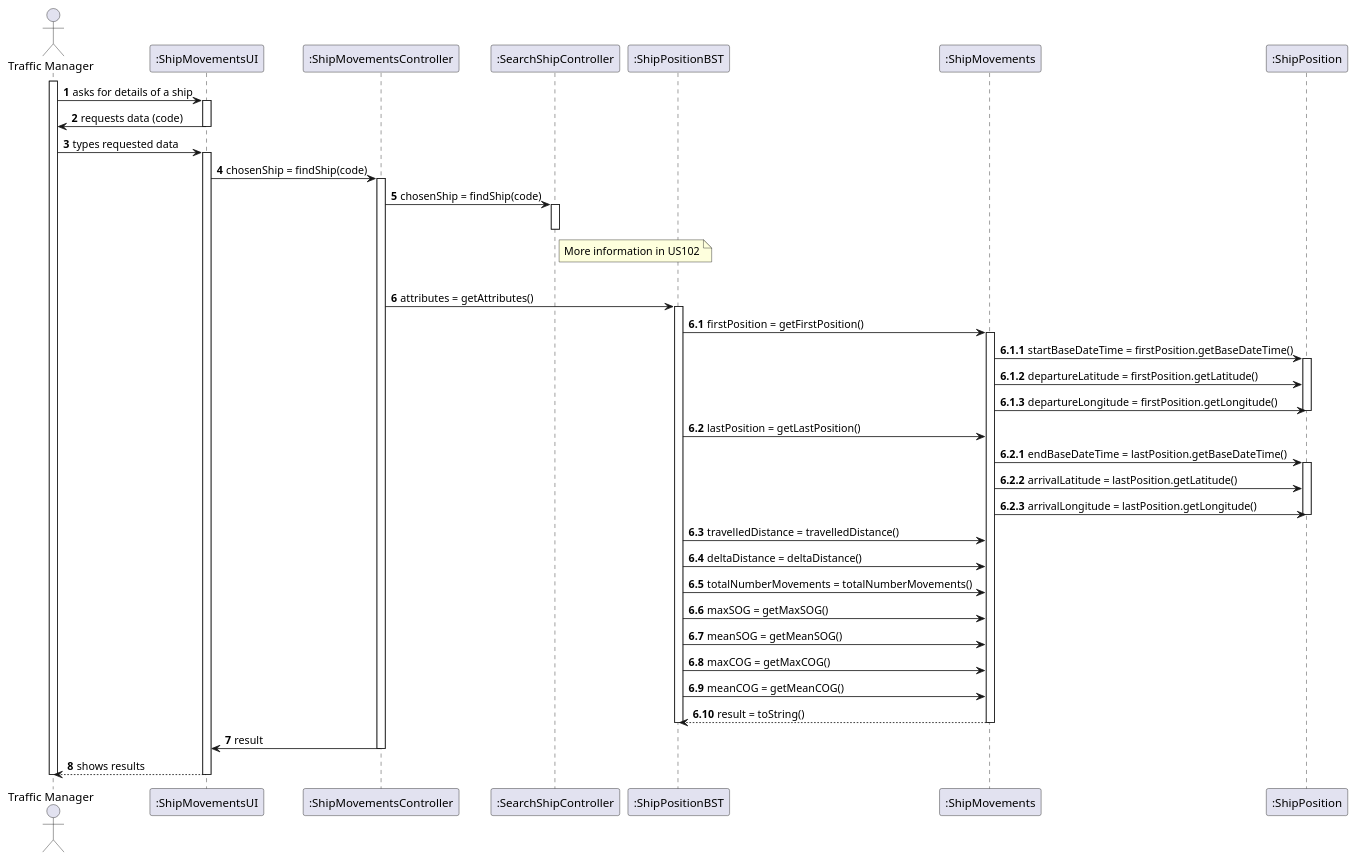
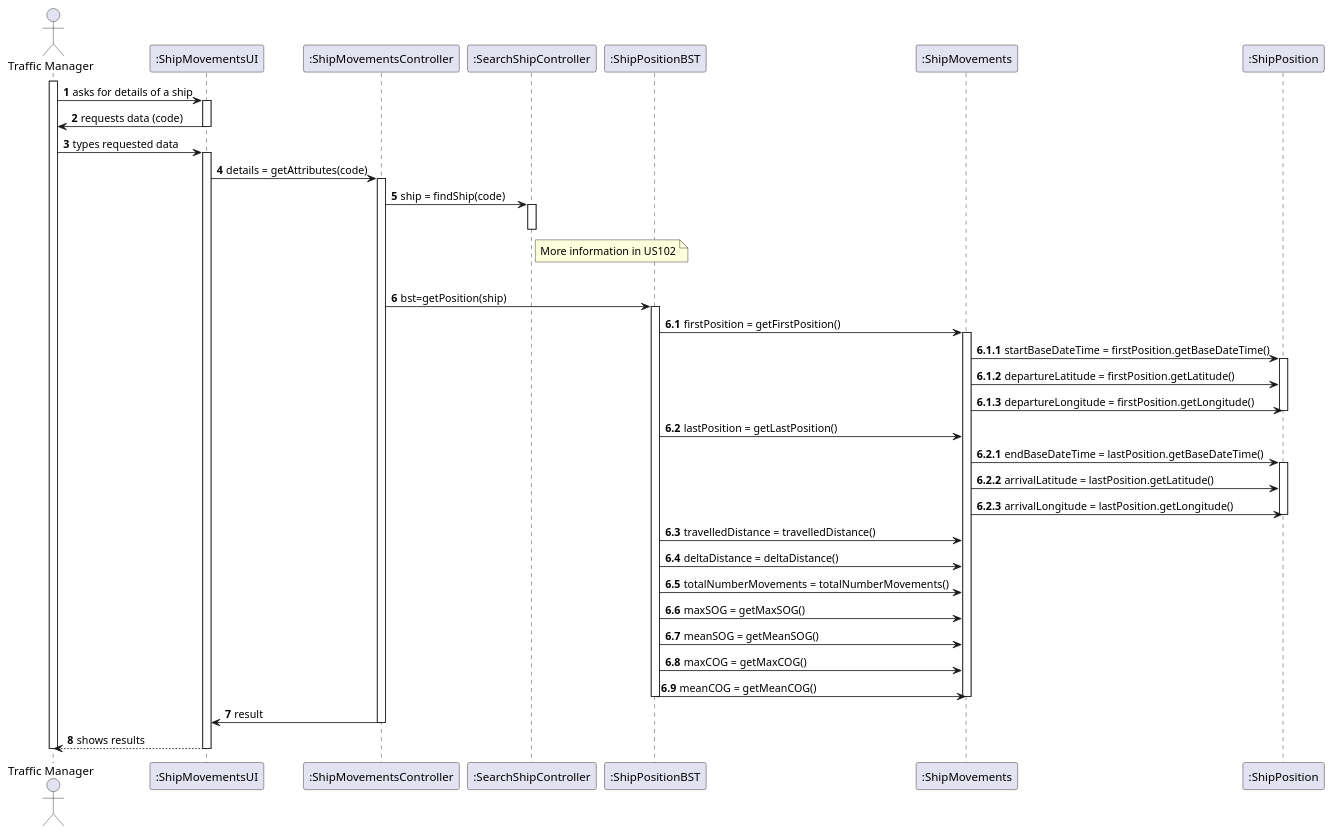
The diagram in docs/Sprint 1/US/US104/US104_SD.puml (1190772/LAB-Project-3), drawn with PlantUML before and after one commit. The commit also changed 22 other files, not shown here.

```diff
--- a/docs/Sprint 1/US/US104/US104_SD.puml
+++ b/docs/Sprint 1/US/US104/US104_SD.puml
@@ -1,76 +1,75 @@
 @startuml
 autonumber
 
 'hide footbox
 actor "Traffic Manager" as TM
 
 participant ":ShipMovementsUI" as UI
 participant ":ShipMovementsController" as CTRL
 participant ":SearchShipController" as CTRL2
 participant ":ShipPositionBST" as BST
 participant ":ShipMovements" as SM
 participant ":ShipPosition" as SP
 
 activate TM
 TM -> UI : asks for details of a ship
 activate UI
 
 UI -> TM : requests data (code)
 
 deactivate UI
 
 TM -> UI : types requested data
 activate UI
-UI -> CTRL : chosenShip = findShip(code)
+UI -> CTRL : details = getAttributes(code)
 activate CTRL
 
-CTRL -> CTRL2 : chosenShip = findShip(code)
+CTRL -> CTRL2 : ship = findShip(code)
 activate CTRL2
 deactivate CTRL2
 note right of CTRL2 : More information in US102
 |||
 
-CTRL -> BST : attributes = getAttributes()
+CTRL -> BST : bst=getPosition(ship)
 activate BST
 autonumber 6.1
 BST -> SM : firstPosition = getFirstPosition()
 activate SM
 
 autonumber 6.1.1
 SM -> SP : startBaseDateTime = firstPosition.getBaseDateTime()
 activate SP
 SM -> SP : departureLatitude = firstPosition.getLatitude()
 SM -> SP : departureLongitude = firstPosition.getLongitude()
 deactivate SP
 
 autonumber 6.2
 BST -> SM : lastPosition = getLastPosition()
 
 autonumber 6.2.1
 SM -> SP : endBaseDateTime = lastPosition.getBaseDateTime()
 activate SP
 SM -> SP : arrivalLatitude = lastPosition.getLatitude()
 SM -> SP : arrivalLongitude = lastPosition.getLongitude()
 deactivate SP
 
 autonumber 6.3
 BST -> SM : travelledDistance = travelledDistance()
 BST -> SM : deltaDistance = deltaDistance()
 BST -> SM : totalNumberMovements = totalNumberMovements()
 BST -> SM : maxSOG = getMaxSOG()
 BST -> SM : meanSOG = getMeanSOG()
 BST -> SM : maxCOG = getMaxCOG()
 BST -> SM : meanCOG = getMeanCOG()
-SM --> BST : result = toString()
 deactivate SM
 deactivate BST
 autonumber 7
 CTRL -> UI : result
 deactivate CTRL
 
 UI --> TM : shows results
 deactivate UI
 
 deactivate TM
 
 @enduml
```
